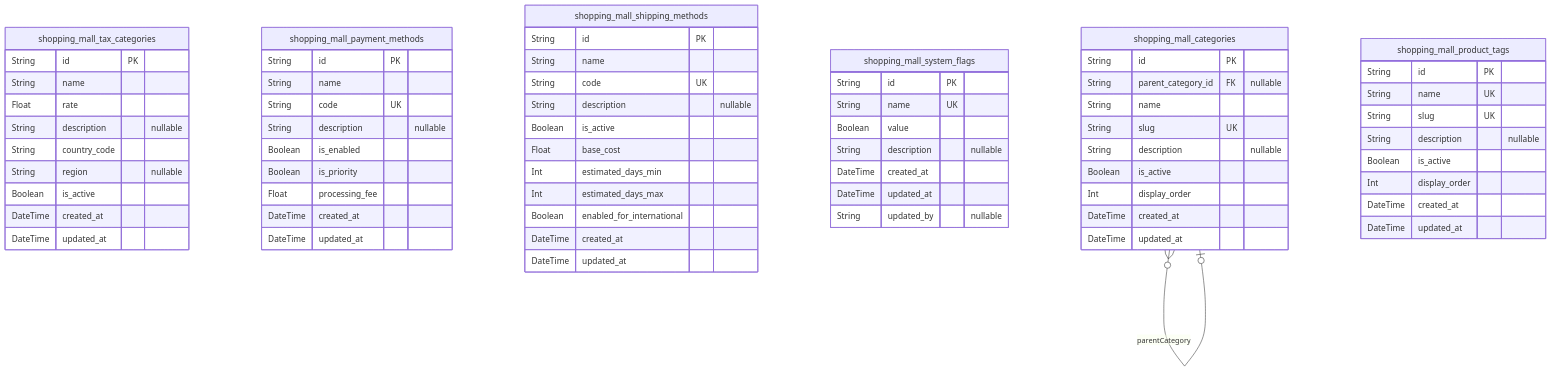
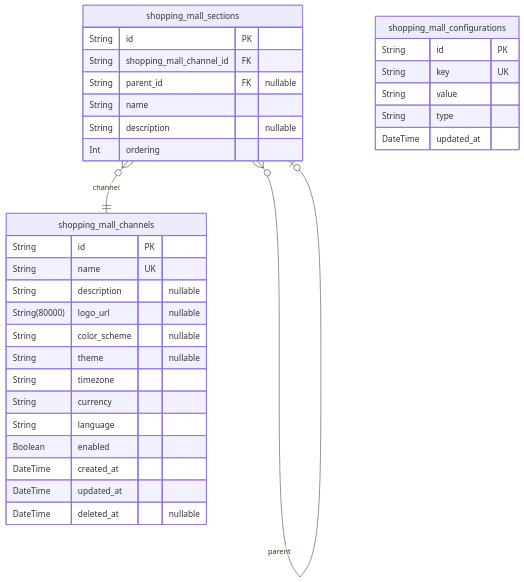
One commit to wrtnlabs/autobe-examples changed the first of 11 diagrams in qwen/qwen3-next-80b-a3b-instruct/shopping/docs/ERD.md. Above: the diagram before and after it, drawn with Mermaid. The commit also changed other lines of this file and 6988 other files, not shown here.

````diff
--- a/qwen/qwen3-next-80b-a3b-instruct/shopping/docs/ERD.md
+++ b/qwen/qwen3-next-80b-a3b-instruct/shopping/docs/ERD.md
@@ -18,69 +19,35 @@
 ```mermaid
 erDiagram
-"shopping_mall_tax_categories" {
+"shopping_mall_channels" {
   String id PK
-  String name
-  Float rate
+  String name UK
   String description "nullable"
-  String country_code
-  String region "nullable"
-  Boolean is_active
+  String(80000) logo_url "nullable"
+  String color_scheme "nullable"
+  String theme "nullable"
+  String timezone
+  String currency
+  String language
+  Boolean enabled
   DateTime created_at
   DateTime updated_at
+  DateTime deleted_at "nullable"
 }
-"shopping_mall_payment_methods" {
+"shopping_mall_sections" {
   String id PK
+  String shopping_mall_channel_id FK
+  String parent_id FK "nullable"
   String name
-  String code UK
   String description "nullable"
-  Boolean is_enabled
-  Boolean is_priority
-  Float processing_fee
-  DateTime created_at
+  Int ordering
+}
+"shopping_mall_configurations" {
+  String id PK
+  String key UK
+  String value
+  String type
   DateTime updated_at
 }
-"shopping_mall_shipping_methods" {
-  String id PK
-  String name
-  String code UK
-  String description "nullable"
-  Boolean is_active
-  Float base_cost
-  Int estimated_days_min
-  Int estimated_days_max
-  Boolean enabled_for_international
-  DateTime created_at
-  DateTime updated_at
-}
-"shopping_mall_system_flags" {
-  String id PK
-  String name UK
-  Boolean value
-  String description "nullable"
-  DateTime created_at
-  DateTime updated_at
-  String updated_by "nullable"
-}
-"shopping_mall_categories" {
-  String id PK
-  String parent_category_id FK "nullable"
-  String name
-  String slug UK
-  String description "nullable"
-  Boolean is_active
-  Int display_order
-  DateTime created_at
-  DateTime updated_at
-}
-"shopping_mall_product_tags" {
-  String id PK
-  String name UK
-  String slug UK
-  String description "nullable"
-  Boolean is_active
-  Int display_order
-  DateTime created_at
-  DateTime updated_at
-}
-"shopping_mall_categories" }o--o| "shopping_mall_categories" : parentCategory
+"shopping_mall_sections" }o--|| "shopping_mall_channels" : channel
+"shopping_mall_sections" }o--o| "shopping_mall_sections" : parent
 ```
````
